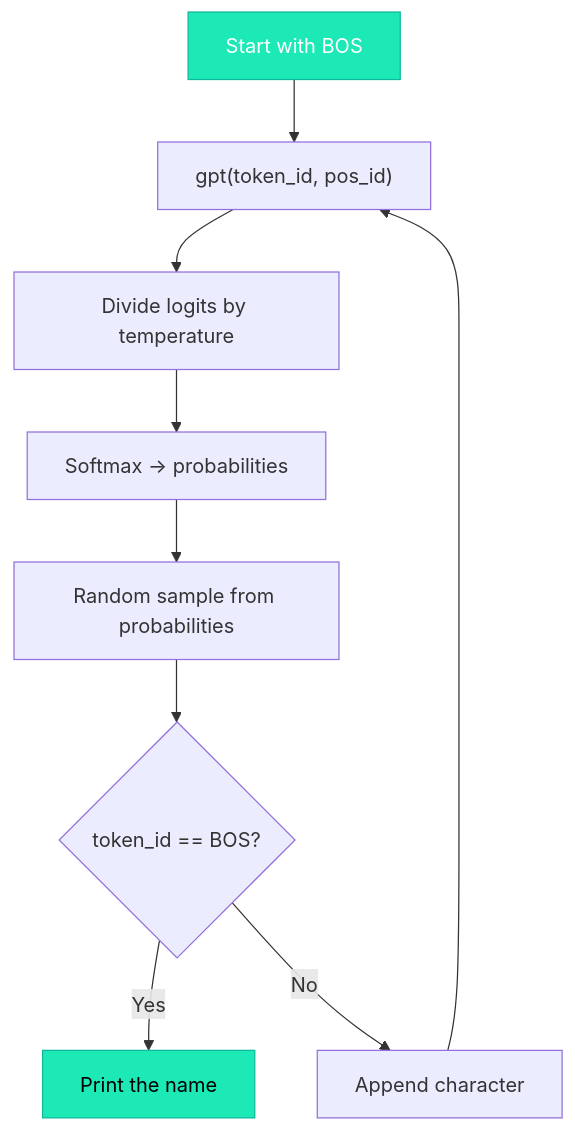
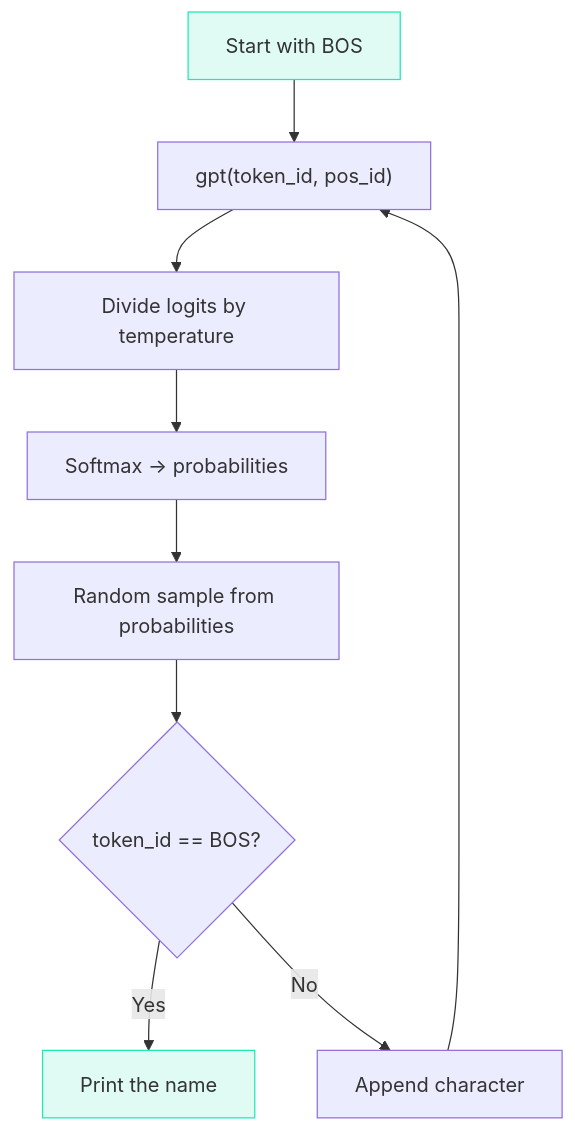
The diagram in docs/05-inference/00-generating-text.md (iamkhalid2/microgpt-course), drawn with Mermaid before and after one commit. The commit also changed 21 other files, not shown here.

Commit message:
Fix Mermaid: remove hardcoded text color (theme-adaptive), add mobile scrolling, fix \\n to br

````diff
--- a/docs/05-inference/00-generating-text.md
+++ b/docs/05-inference/00-generating-text.md
@@ -31,14 +31,14 @@
 ```mermaid
 flowchart TD
     START["Start with BOS"] --> GPT["gpt(token_id, pos_id)"]
     GPT --> TEMP["Divide logits by temperature"]
     TEMP --> SM["Softmax → probabilities"]
     SM --> SAMPLE["Random sample from probabilities"]
     SAMPLE --> CHECK{"token_id == BOS?"}
     CHECK -->|"Yes"| DONE["Print the name"]
     CHECK -->|"No"| APPEND["Append character"]
     APPEND --> GPT
 
-    style START fill:#1de9b6,stroke:#0db99a,color:#fff
-    style DONE fill:#1de9b6,stroke:#0db99a,color:#000
+    style START fill:#e0faf4,stroke:#1de9b6
+    style DONE fill:#e0faf4,stroke:#1de9b6
 ```
````
